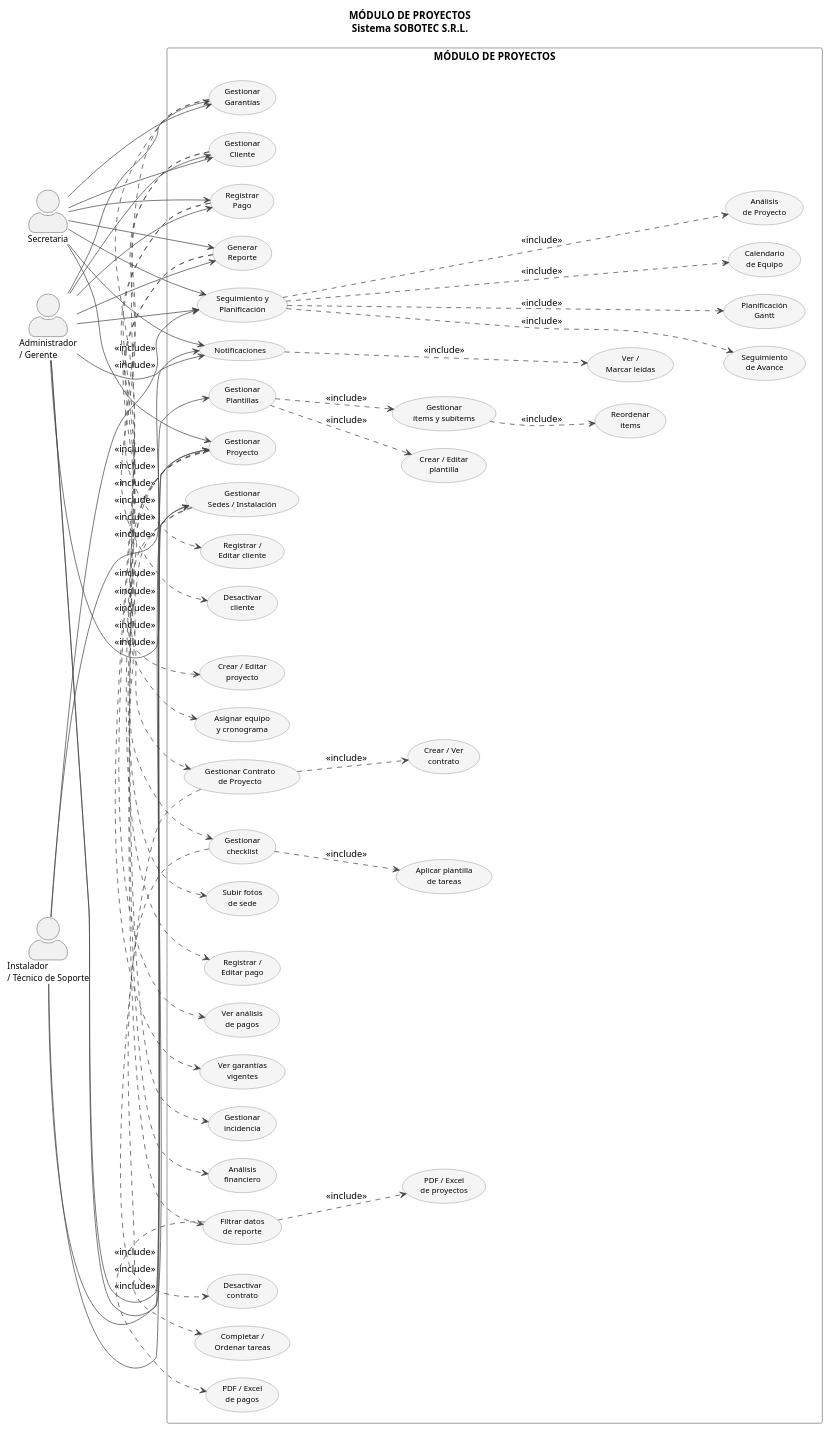
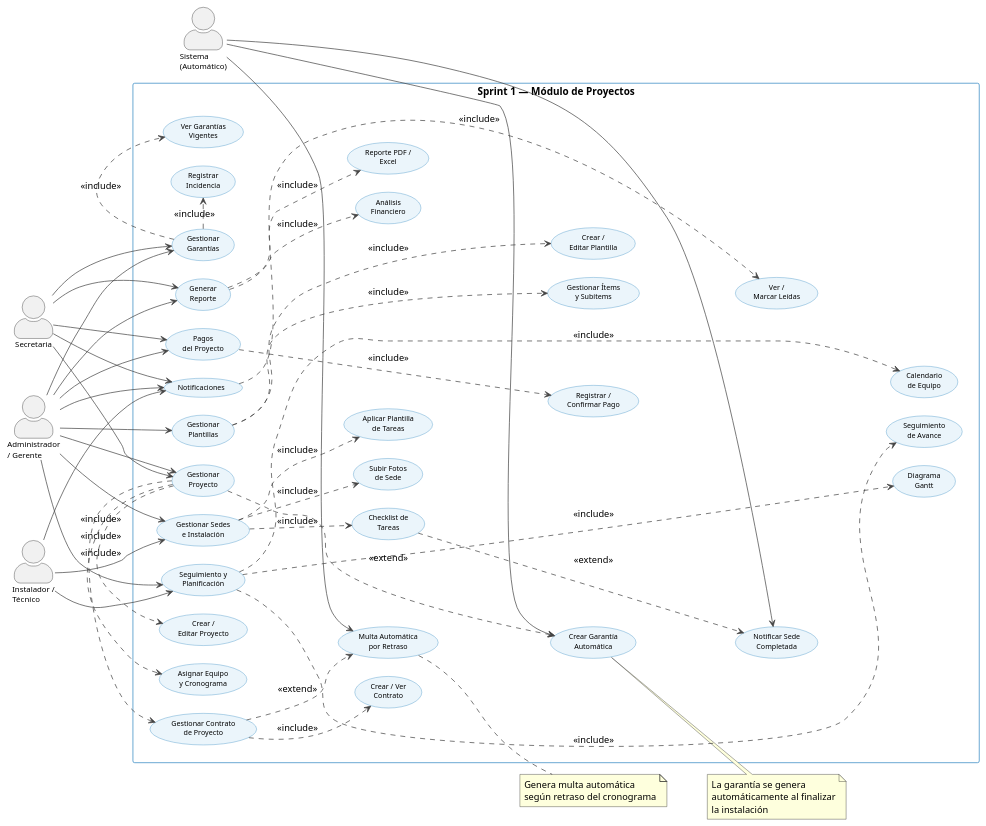
One commit to AmandaChoque/MVCProjets changed the diagram in uc_modulo_proyectos.puml. Above: the diagram before and after it, drawn with PlantUML. The commit also changed 88 other files, not shown here.

```diff
--- a/uc_modulo_proyectos.puml
+++ b/uc_modulo_proyectos.puml
@@ -1,172 +1,271 @@
 @startuml uc_modulo_proyectos
-title MÓDULO DE PROYECTOS\nSistema SOBOTEC S.R.L.
 
 left to right direction
 
 skinparam actorStyle awesome
 skinparam packageStyle rectangle
+skinparam shadowing false
+
 skinparam backgroundColor #FFFFFF
-skinparam usecaseBackgroundColor #F5F5F5
-skinparam usecaseBorderColor #777777
-skinparam usecaseFontSize 11
-skinparam actorFontSize 12
-skinparam packageBorderColor #777777
+skinparam usecaseBackgroundColor #EBF5FB
+skinparam usecaseBorderColor #2E86C1
+
+skinparam usecaseFontSize 10
+skinparam actorFontSize 11
+skinparam packageFontSize 11
+
+skinparam packageBorderColor #2E86C1
 skinparam packageBackgroundColor #FFFFFF
 skinparam packageFontStyle bold
+
 skinparam arrowColor #444444
+
 skinparam nodesep 25
-skinparam ranksep 70
+skinparam ranksep 55
 
-' ── ACTORES ──────────────────────────────────────
-actor "Administrador\n/ Gerente"         as ADM
-actor "Secretaria"                       as SEC
-actor "Instalador\n/ Técnico de Soporte" as CAMPO
+'══════════════════════════════════════
+' ACTORES IZQUIERDA
+'══════════════════════════════════════
 
-rectangle "MÓDULO DE PROYECTOS" {
+actor "Administrador\n/ Gerente" as ADM
+actor "Secretaria" as SEC
+actor "Instalador /\nTécnico" as CAMPO
 
-    ' ── COLUMNA 1: UCs principales ────────────────
+rectangle "Sprint 1 — Módulo de Proyectos" {
+
+    '══════════════════════════════════
+    ' CASOS PRINCIPALES
+    '══════════════════════════════════
+
     together {
-        usecase "Gestionar\nCliente"             as UC1
-        usecase "Gestionar\nProyecto"            as UC2
-        usecase "Gestionar\nSedes / Instalación" as UC3
-        usecase "Registrar\nPago"                as UC4
-        usecase "Generar\nReporte"               as UC5
-        usecase "Gestionar\nGarantías"           as UC6
-        usecase "Gestionar\nPlantillas"          as UC7
-        usecase "Notificaciones"                 as UC8
-        usecase "Seguimiento y\nPlanificación"   as UC9
+
+        
+
+        usecase "Gestionar\nProyecto" as UC2
+
+        usecase "Gestionar Sedes\ne Instalación" as UC3
+
+        usecase "Pagos\ndel Proyecto" as UC4
+
+        usecase "Gestionar\nGarantías" as UC5
+
+        usecase "Generar\nReporte" as UC6
+
+        usecase "Gestionar\nPlantillas" as UC7
+
+        usecase "Notificaciones" as UC8
+
+        usecase "Seguimiento y\nPlanificación" as UC9
     }
 
-    ' ── COLUMNA 2: sub-casos agrupados por padre ──
+
+    '══════════════════════════════════
+    ' SUBCASOS PROYECTO
+    '══════════════════════════════════
+
     together {
-        usecase "Registrar /\nEditar cliente"  as S1
-        usecase "Desactivar\ncliente"          as S2
-    }
-    together {
-        usecase "Crear / Editar\nproyecto"         as S3
-        usecase "Asignar equipo\ny cronograma"     as S4
-        usecase "Gestionar Contrato\nde Proyecto"  as S22
-    }
-    together {
-        usecase "Gestionar\nchecklist"         as S6
-        usecase "Subir fotos\nde sede"         as S7
-    }
-    together {
-        usecase "Registrar /\nEditar pago"     as S8
-        usecase "Ver análisis\nde pagos"       as S9
-    }
-    together {
-        usecase "Filtrar datos\nde reporte"    as S10
-        usecase "Análisis\nfinanciero"         as S11
-    }
-    together {
-        usecase "Ver garantías\nvigentes"      as S12
-        usecase "Gestionar\nincidencia"        as S13
-    }
-    together {
-        usecase "Crear / Editar\nplantilla"    as S18
-        usecase "Gestionar\nítems y subítems"  as S19
-    }
-    together {
-        usecase "Ver /\nMarcar leídas"         as S20
-    }
-    together {
-        usecase "Seguimiento\nde Avance"       as S25
-        usecase "Análisis\nde Proyecto"        as S26
-        usecase "Planificación\nGantt"         as S27
-        usecase "Calendario\nde Equipo"        as S28
+
+        usecase "Crear /\nEditar Proyecto" as S3
+
+        usecase "Asignar Equipo\ny Cronograma" as S4
+
+        usecase "Gestionar Contrato\nde Proyecto" as S5
     }
 
-    ' flechas ocultas para ordenar columna 2 verticalmente
-    S2  -[hidden]-> S3
-    S22 -[hidden]-> S6
-    S7  -[hidden]-> S8
-    S9  -[hidden]-> S10
-    S11 -[hidden]-> S12
-    S13 -[hidden]-> S18
-    S19 -[hidden]-> S20
-    S20 -[hidden]-> S25
+    '══════════════════════════════════
+    ' SUBCASOS SEDES
+    '══════════════════════════════════
 
-    ' ── COLUMNA 3: sub-sub-casos ─────────────────
-    usecase "Crear / Ver\ncontrato"         as S23
-    usecase "Desactivar\ncontrato"          as S24
-    usecase "Aplicar plantilla\nde tareas"  as S14
-    usecase "Completar /\nOrdenar tareas"   as S15
-    usecase "PDF / Excel\nde proyectos"     as S16
-    usecase "PDF / Excel\nde pagos"         as S17
-    usecase "Reordenar\nítems"              as S21
+    together {
 
-    ' flechas ocultas que empujan a columna 3
-    S4  -[hidden]-> S23
-    S7  -[hidden]-> S14
-    S13 -[hidden]-> S16
-    S19 -[hidden]-> S21
+        usecase "Checklist de\nTareas" as S6
+
+        usecase "Subir Fotos\nde Sede" as S7
+
+        usecase "Aplicar Plantilla\nde Tareas" as S8
+    }
+
+    '══════════════════════════════════
+    ' SUBCASOS PAGOS
+    '══════════════════════════════════
+
+    together {
+
+        usecase "Registrar /\nConfirmar Pago" as S9
+
+ 
+    }
+
+    '══════════════════════════════════
+    ' SUBCASOS GARANTÍAS
+    '══════════════════════════════════
+
+    together {
+
+        usecase "Ver Garantías\nVigentes" as S11
+
+        usecase "Registrar\nIncidencia" as S12
+    }
+
+    '══════════════════════════════════
+    ' SUBCASOS REPORTES
+    '══════════════════════════════════
+
+    together {
+
+        usecase "Reporte PDF /\nExcel" as S13
+
+        usecase "Análisis\nFinanciero" as S14
+    }
+
+    '══════════════════════════════════
+    ' SUBCASOS PLANTILLAS
+    '══════════════════════════════════
+
+    together {
+
+        usecase "Crear /\nEditar Plantilla" as S15
+
+        usecase "Gestionar Ítems\ny Subítems" as S16
+    }
+
+    '══════════════════════════════════
+    ' SUBCASOS NOTIFICACIONES
+    '══════════════════════════════════
+
+    together {
+
+        usecase "Ver /\nMarcar Leídas" as S17
+    }
+
+    '══════════════════════════════════
+    ' SUBCASOS PLANIFICACIÓN
+    '══════════════════════════════════
+
+    together {
+
+        usecase "Seguimiento\nde Avance" as S18
+
+        usecase "Diagrama\nGantt" as S19
+
+        usecase "Calendario\nde Equipo" as S20
+    }
+
+    '══════════════════════════════════
+    ' AUTOMÁTICOS / EXTEND
+    '══════════════════════════════════
+
+    together {
+
+        usecase "Crear / Ver\nContrato" as S21
+
+        usecase "Multa Automática\npor Retraso" as S22
+
+        usecase "Crear Garantía\nAutomática" as S23
+
+        usecase "Notificar Sede\nCompletada" as S24
+    }
+
+    '══════════════════════════════════
+    ' ORDEN VISUAL
+    '══════════════════════════════════
+
+    S5  -[hidden]-> S6
+    S8  -[hidden]-> S9
+    S12 -[hidden]-> S13
+    S14 -[hidden]-> S15
+    S16 -[hidden]-> S17
+    S17 -[hidden]-> S18
+
+    S5  -[hidden]-> S21
+    S22 -[hidden]-> S23
+    S23 -[hidden]-> S24
 }
 
-' ── ASOCIACIONES ACTORES → columna 1 ─────────────
-ADM   --> UC1
-ADM   --> UC2
-ADM   --> UC3
-ADM   --> UC4
-ADM   --> UC5
-ADM   --> UC6
-ADM   --> UC7
-ADM   --> UC8
-ADM   --> UC9
+'══════════════════════════════════════
+' ACTOR DERECHA
+'══════════════════════════════════════
 
-SEC   --> UC1
-SEC   --> UC2
-SEC   --> UC4
-SEC   --> UC5
-SEC   --> UC6
-SEC   --> UC8
-SEC   --> UC9
+actor "Sistema\n(Automático)" as SIS
 
-CAMPO --> UC2
+'══════════════════════════════════════
+' RELACIONES ACTORES
+'══════════════════════════════════════
+
+ADM --> UC2
+ADM --> UC3
+ADM --> UC4
+ADM --> UC5
+ADM --> UC6
+ADM --> UC7
+ADM --> UC8
+ADM --> UC9
+
+SEC --> UC2
+SEC --> UC4
+SEC --> UC5
+SEC --> UC6
+SEC --> UC8
+
 CAMPO --> UC3
 CAMPO --> UC8
 CAMPO --> UC9
 
-' ── INCLUDE columna 1 → columna 2 ────────────────
-UC1 .> S1  : <<include>>
-UC1 .> S2  : <<include>>
+SIS --> S22
+SIS --> S23
+SIS --> S24
+
+'══════════════════════════════════════
+' INCLUDE
+'══════════════════════════════════════
+
 
 UC2 .> S3  : <<include>>
 UC2 .> S4  : <<include>>
-UC2 .> S22 : <<include>>
+UC2 .> S5  : <<include>>
 
 UC3 .> S6  : <<include>>
 UC3 .> S7  : <<include>>
+UC3 .> S8  : <<include>>
 
-UC4 .> S8  : <<include>>
 UC4 .> S9  : <<include>>
 
-UC5 .> S10 : <<include>>
 UC5 .> S11 : <<include>>
+UC5 .> S12 : <<include>>
 
-UC6 .> S12 : <<include>>
 UC6 .> S13 : <<include>>
+UC6 .> S14 : <<include>>
 
-UC7 .> S18 : <<include>>
-UC7 .> S19 : <<include>>
+UC7 .> S15 : <<include>>
+UC7 .> S16 : <<include>>
 
-UC8 .> S20 : <<include>>
+UC8 .> S17 : <<include>>
 
-UC9 .> S25 : <<include>>
-UC9 .> S26 : <<include>>
-UC9 .> S27 : <<include>>
-UC9 .> S28 : <<include>>
+UC9 .> S18 : <<include>>
+UC9 .> S19 : <<include>>
+UC9 .> S20 : <<include>>
 
-' ── INCLUDE columna 2 → columna 3 ────────────────
-S22 .> S23 : <<include>>
-S22 .> S24 : <<include>>
+'══════════════════════════════════════
+' EXTEND / AUTOMÁTICOS
+'══════════════════════════════════════
 
-S6  .> S14 : <<include>>
-S6  .> S15 : <<include>>
+S5  .> S21 : <<include>>
 
-S10 .> S16 : <<include>>
-S10 .> S17 : <<include>>
+S5  .> S22 : <<extend>>
 
-S19 .> S21 : <<include>>
+UC2 .> S23 : <<extend>>
+
+S6  .> S24 : <<extend>>
+
+note right of S22
+  Genera multa automática
+  según retraso del cronograma
+end note
+
+note right of S23
+  La garantía se genera
+  automáticamente al finalizar
+  la instalación
+end note
 
 @enduml
```
